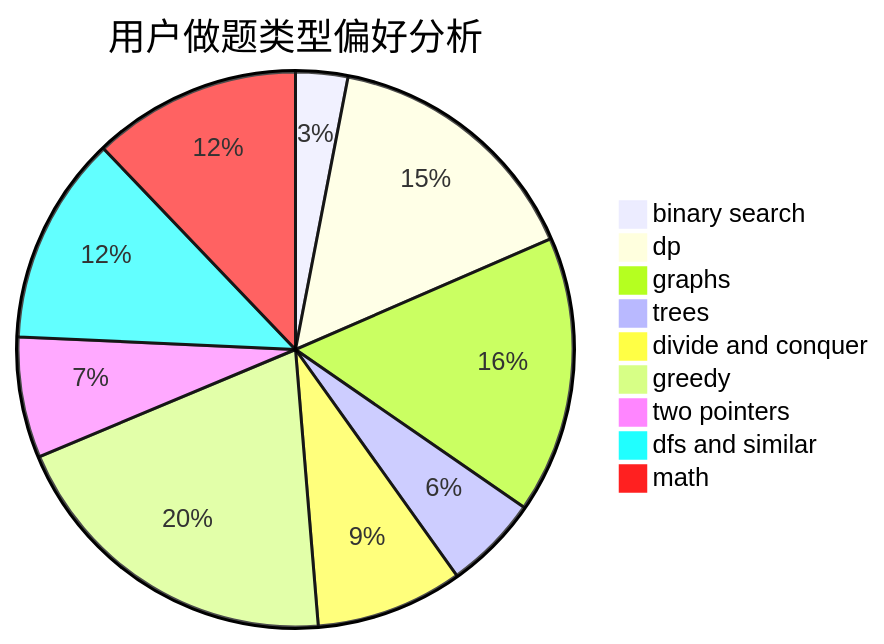
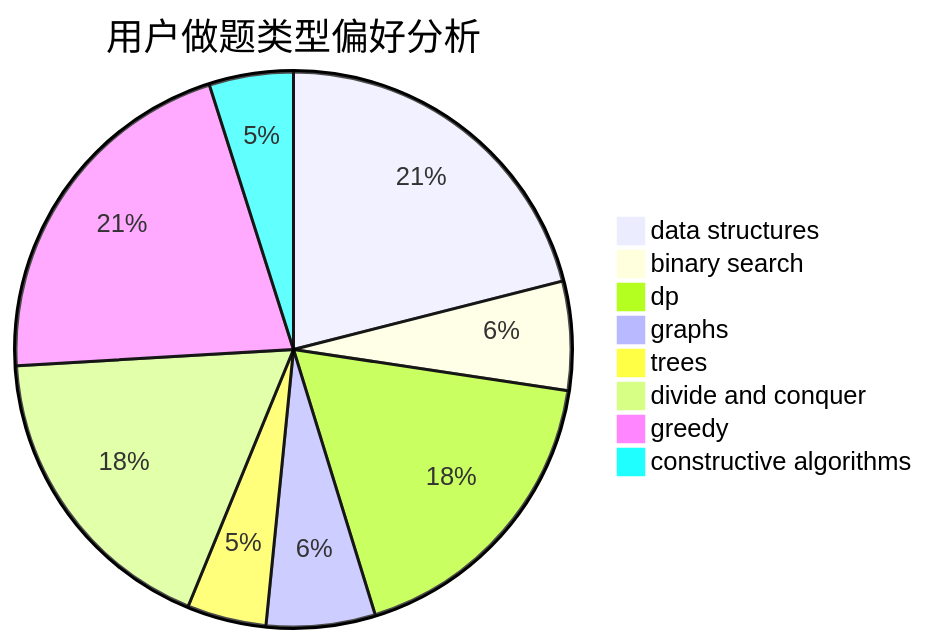
One commit to sherpahu/cfrs.github.io changed the second of 3 diagrams in docs/user/u1549.md. Above: the diagram before and after it, drawn with Mermaid. The commit also changed other lines of this file and 2775 other files, not shown here.

````diff
--- a/docs/user/u1549.md
+++ b/docs/user/u1549.md
@@ -23,12 +23,11 @@
 ```mermaid
 pie title 用户做题类型偏好分析
+    "data structures" :  73
     "binary search" :  22
-    "dp" :  112
-    "graphs" :  117
-    "trees" :  40
+    "dp" :  62
+    "graphs" :  22
+    "trees" :  16
     "divide and conquer" :  62
-    "greedy" :  145
-    "two pointers" :  51
-    "dfs and similar" :  88
-    "math" :  88
+    "greedy" :  73
+    "constructive algorithms" :  17
 ```
````
